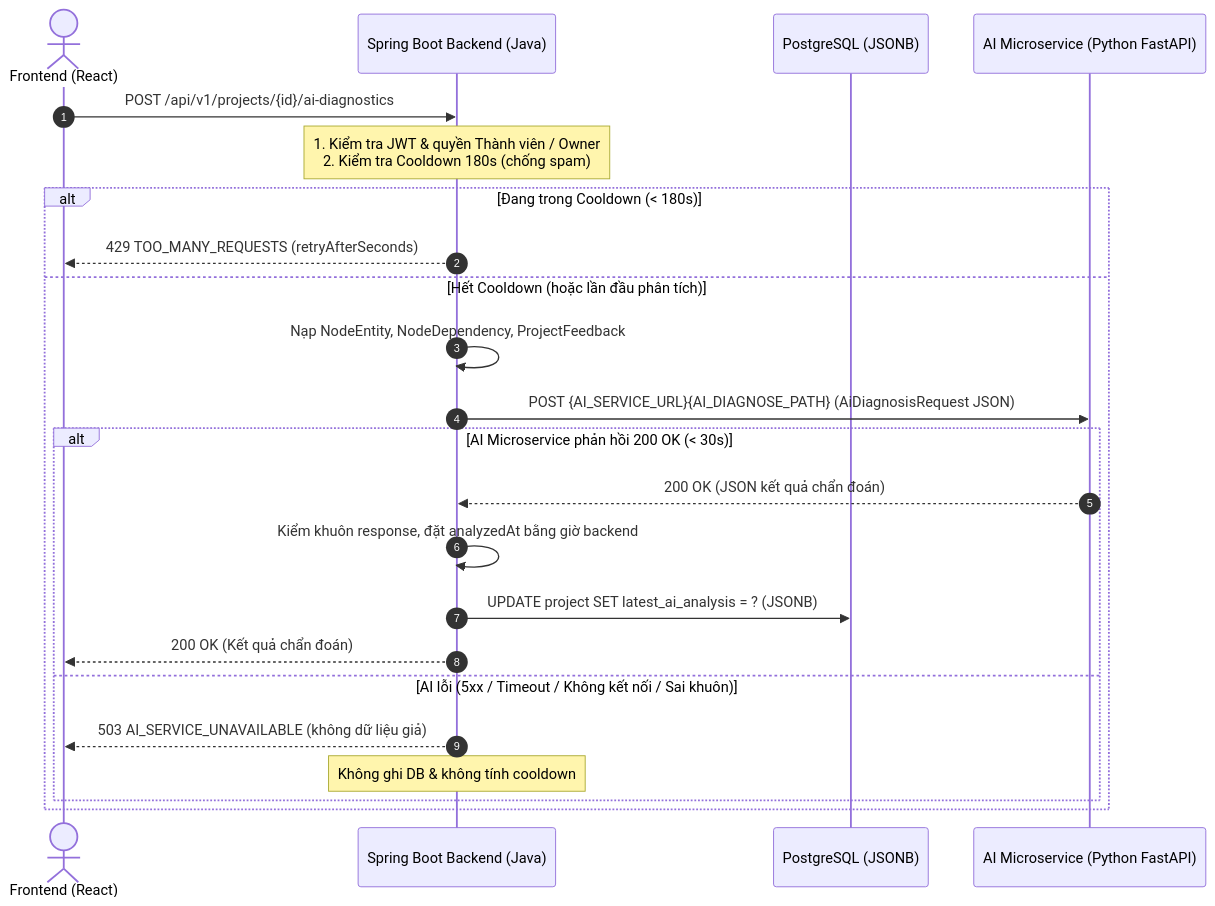
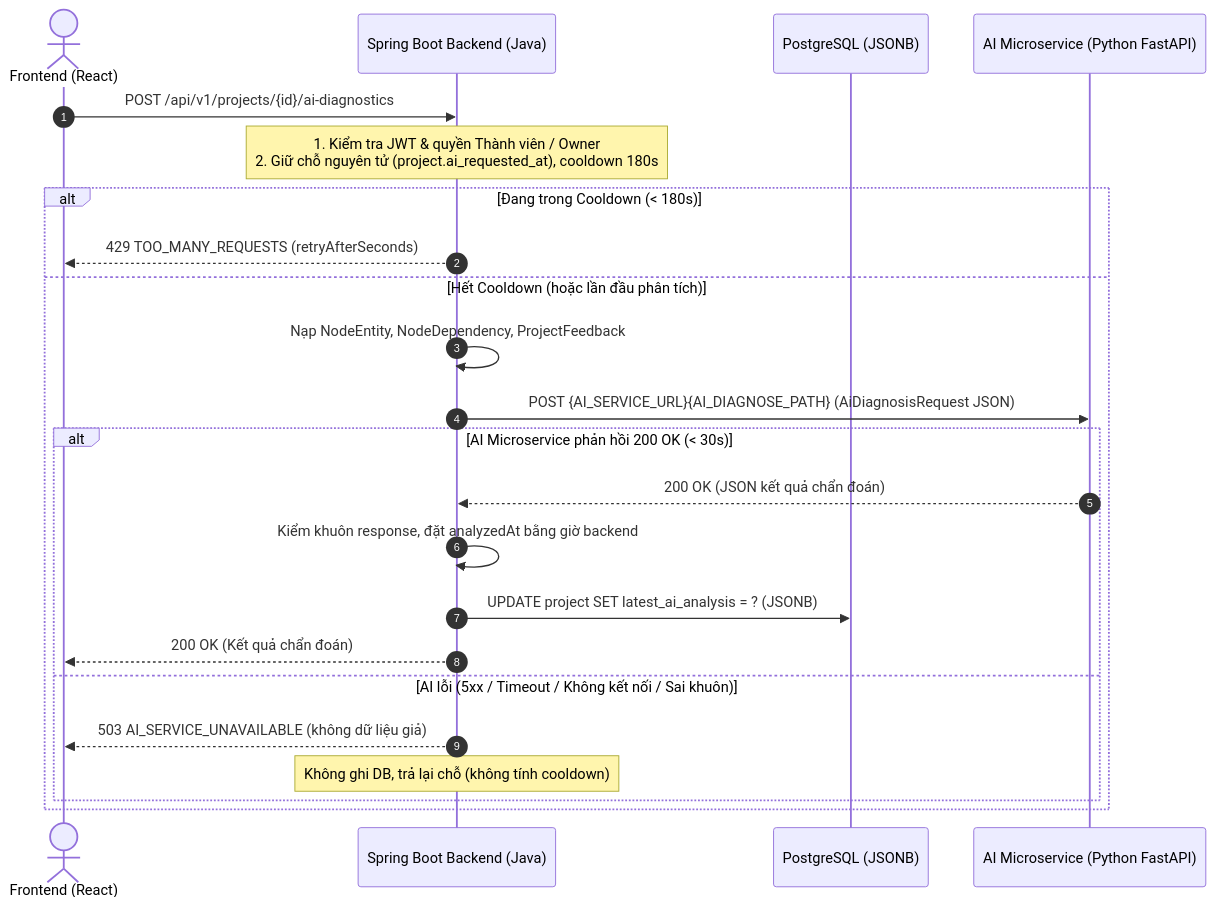
One commit to ThanhThien-coder/Workflow-Pipeline-Engine changed the diagram in docs/specs/ai-service-contract.md. Above: the diagram before and after it, drawn with Mermaid. The commit also changed other lines of this file, not shown here.

Commit message:
docs: contract AI ghi cooldown theo ai_requested_at va chong bam trung

````diff
--- a/docs/specs/ai-service-contract.md
+++ b/docs/specs/ai-service-contract.md
@@ -14,26 +14,26 @@
 ```mermaid
 sequenceDiagram
     autonumber
     actor FE as Frontend (React)
     participant BE as Spring Boot Backend (Java)
     participant DB as PostgreSQL (JSONB)
     participant AI as AI Microservice (Python FastAPI)
 
     FE->>BE: POST /api/v1/projects/{id}/ai-diagnostics
-    Note over BE: 1. Kiểm tra JWT & quyền Thành viên / Owner<br/>2. Kiểm tra Cooldown 180s (chống spam)
+    Note over BE: 1. Kiểm tra JWT & quyền Thành viên / Owner<br/>2. Giữ chỗ nguyên tử (project.ai_requested_at), cooldown 180s
     alt Đang trong Cooldown (< 180s)
         BE-->>FE: 429 TOO_MANY_REQUESTS (retryAfterSeconds)
     else Hết Cooldown (hoặc lần đầu phân tích)
         BE->>BE: Nạp NodeEntity, NodeDependency, ProjectFeedback
         BE->>AI: POST {AI_SERVICE_URL}{AI_DIAGNOSE_PATH} (AiDiagnosisRequest JSON)
         alt AI Microservice phản hồi 200 OK (< 30s)
             AI-->>BE: 200 OK (JSON kết quả chẩn đoán)
             BE->>BE: Kiểm khuôn response, đặt analyzedAt bằng giờ backend
             BE->>DB: UPDATE project SET latest_ai_analysis = ? (JSONB)
             BE-->>FE: 200 OK (Kết quả chẩn đoán)
         else AI lỗi (5xx / Timeout / Không kết nối / Sai khuôn)
             BE-->>FE: 503 AI_SERVICE_UNAVAILABLE (không dữ liệu giả)
-            Note over BE: Không ghi DB & không tính cooldown
+            Note over BE: Không ghi DB, trả lại chỗ (không tính cooldown)
         end
     end
 ```
````
